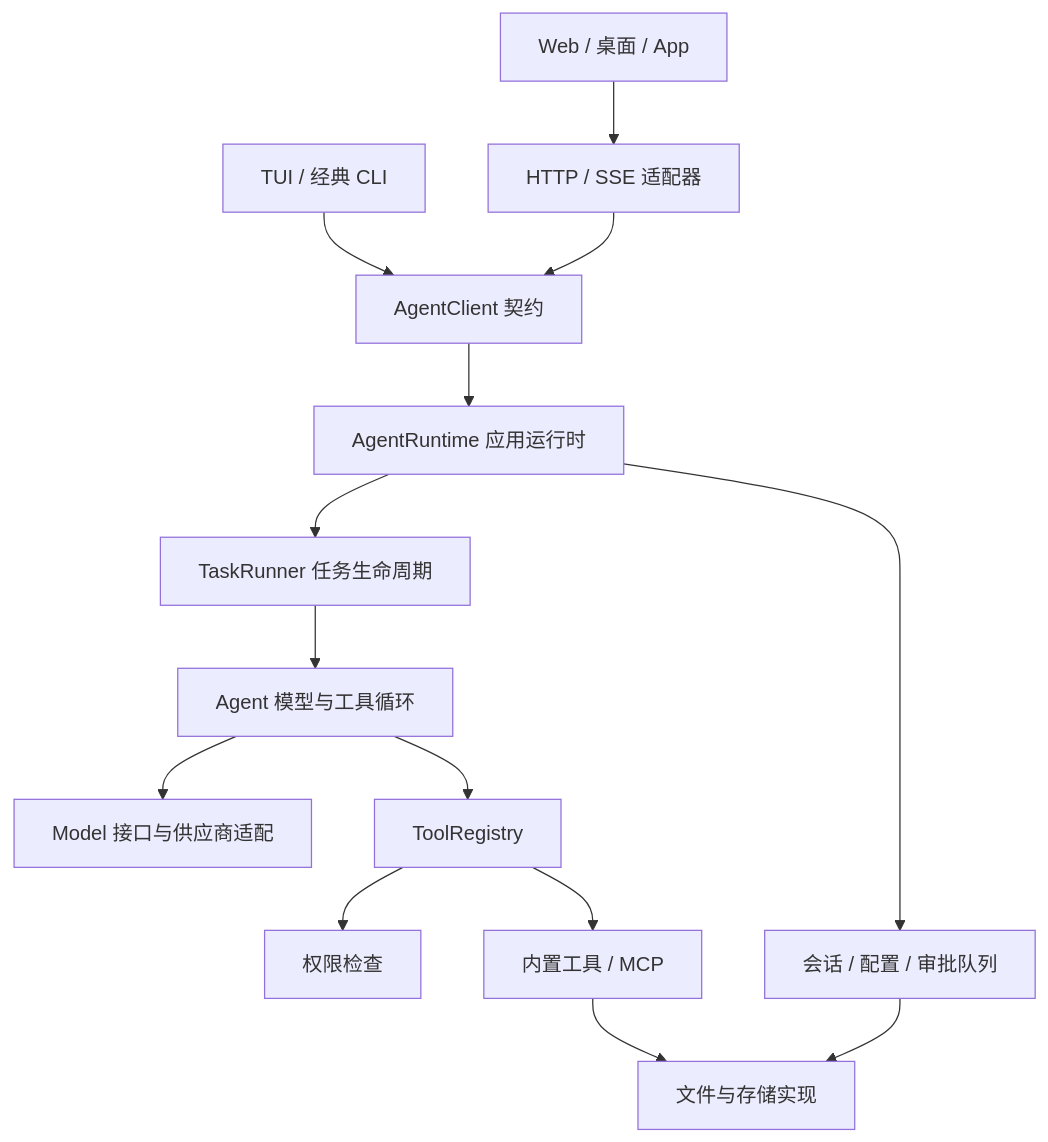
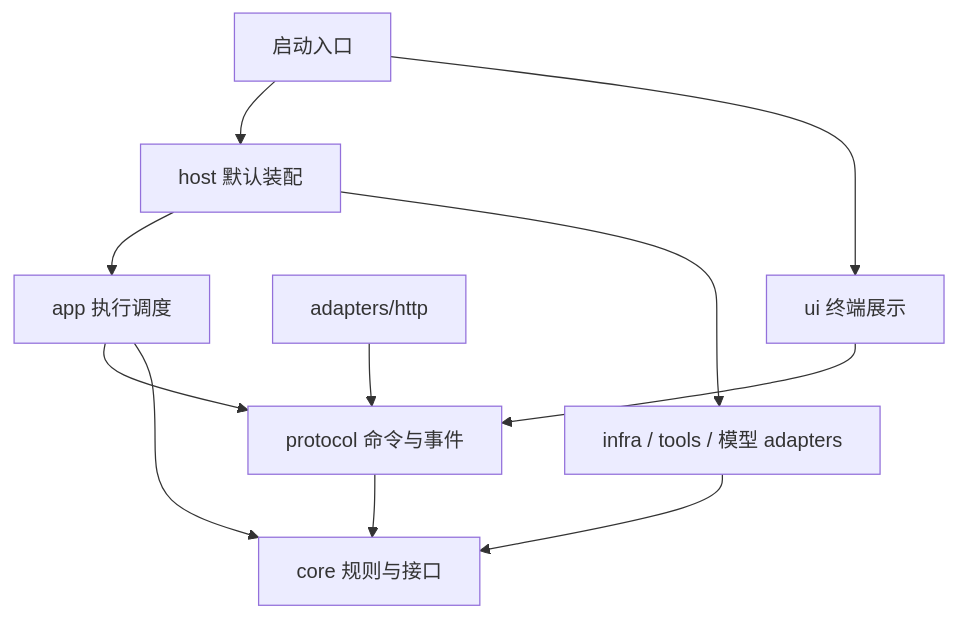
The diagram in ARCHITECTURE.md (ab-jenniesen/mini-agnet), drawn with Mermaid before and after one commit. The commit also changed other lines of this file and 203 other files, not shown here.

````diff
--- a/ARCHITECTURE.md
+++ b/ARCHITECTURE.md
@@ -7,16 +7,13 @@
 ```mermaid
 flowchart TD
-  T[TUI / 经典 CLI] --> C[AgentClient 契约]
-  W[Web / 桌面 / App] --> H[HTTP / SSE 适配器]
-  H --> C
-  C --> R[AgentRuntime 应用运行时]
-  R --> K[TaskRunner 任务生命周期]
-  K --> A[Agent 模型与工具循环]
-  R --> S[会话 / 配置 / 审批队列]
-  A --> M[Model 接口与供应商适配]
-  A --> G[ToolRegistry]
-  G --> P[权限检查]
-  G --> U[内置工具 / MCP]
-  S --> I[文件与存储实现]
-  U --> I
+  Entry[启动入口] --> Host[host 默认装配]
+  Entry --> UI[ui 终端展示]
+  UI --> Protocol[protocol 命令与事件]
+  HTTP[adapters/http] --> Protocol
+  Host --> App[app 执行调度]
+  Host --> Impl[infra / tools / 模型 adapters]
+  App --> Protocol
+  App --> Core[core 规则与接口]
+  Impl --> Core
+  Protocol --> Core
 ```
````
